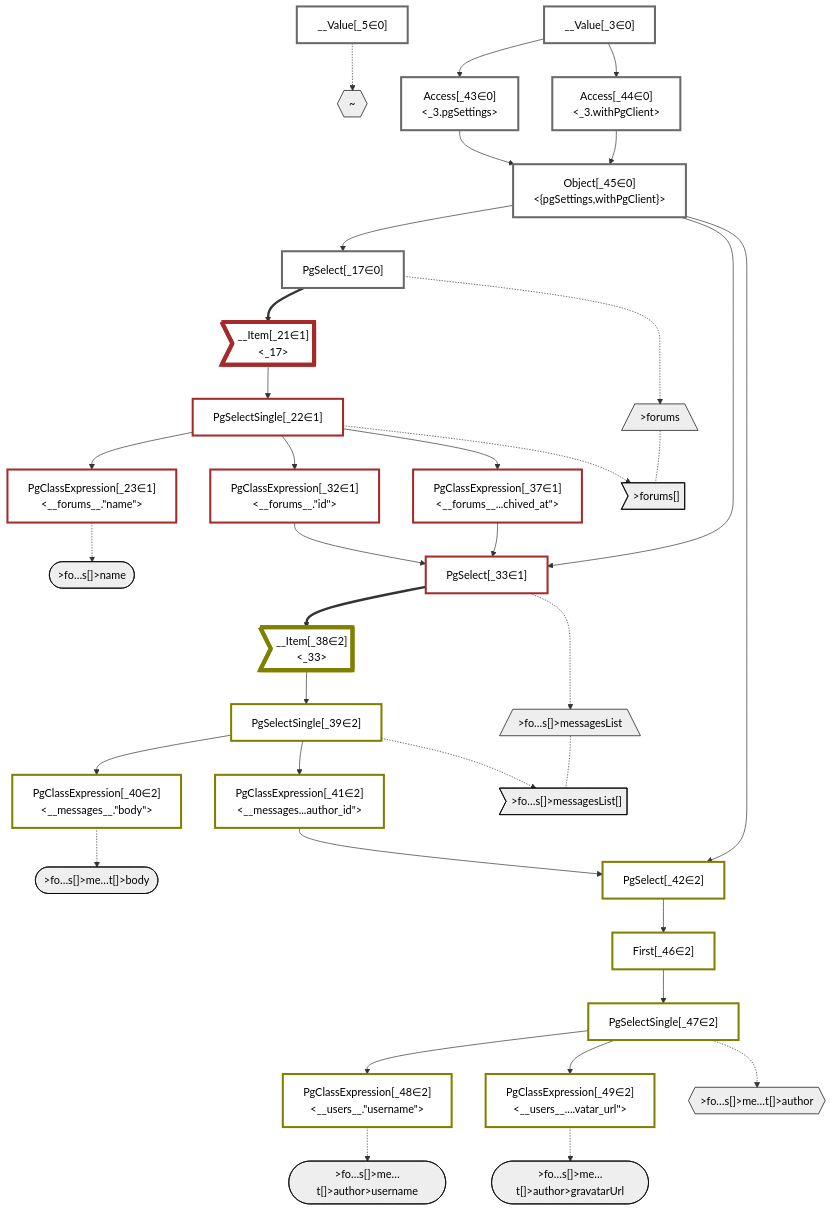
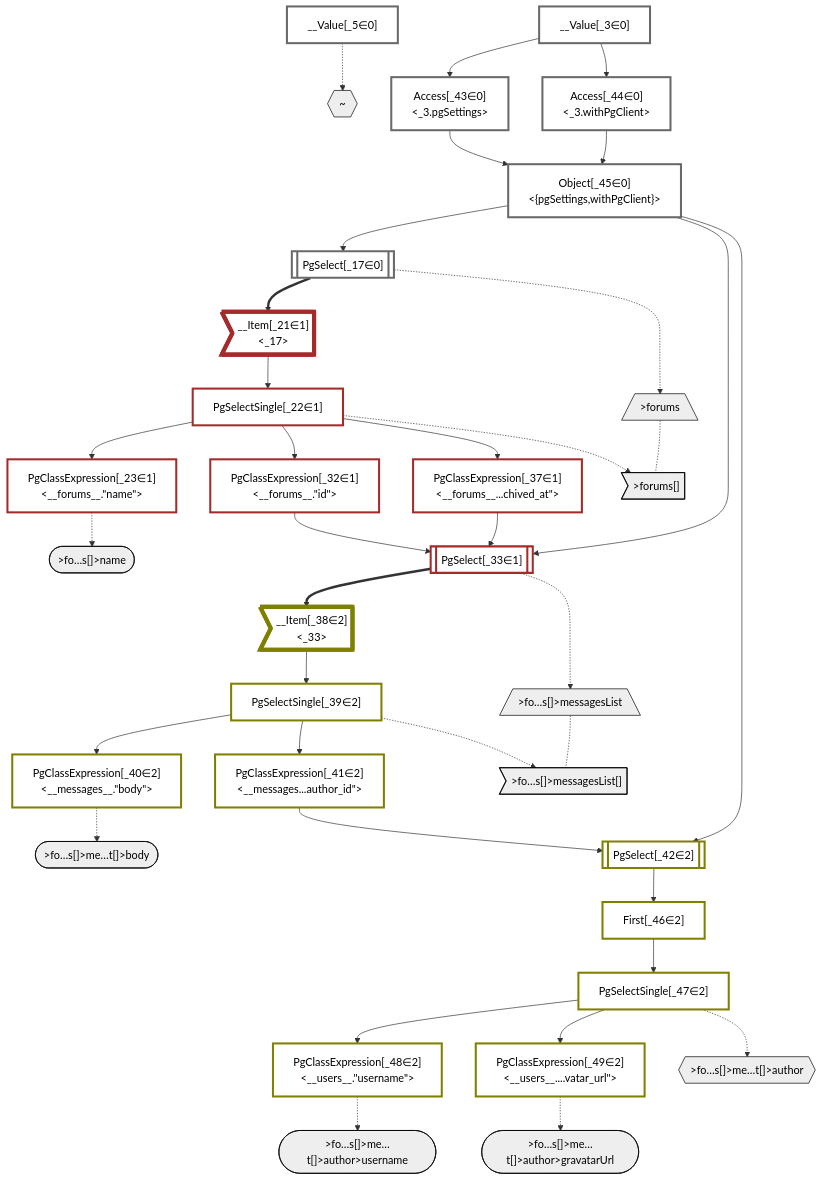
One commit to graphile/crystal changed the diagram in packages/dataplan-pg/__tests__/queries/conditions/basics-with-author.deopt.mermaid.md. Above: the diagram before and after it, drawn with Mermaid. The commit also changed 195 other files, not shown here.

```diff
--- a/packages/dataplan-pg/__tests__/queries/conditions/basics-with-author.deopt.mermaid.md
+++ b/packages/dataplan-pg/__tests__/queries/conditions/basics-with-author.deopt.mermaid.md
@@ -30,18 +30,18 @@
     %% define plans
     __Value_3["__Value[_3∈0]<br /><context>"]:::plan
     __Value_5["__Value[_5∈0]<br /><rootValue>"]:::plan
-    PgSelect_17["PgSelect[_17∈0]<br /><forums>"]:::plan
+    PgSelect_17[["PgSelect[_17∈0]<br /><forums>"]]:::plan
     __Item_21>"__Item[_21∈1]<br /><_17>"]:::itemplan
     PgSelectSingle_22["PgSelectSingle[_22∈1]<br /><forums>"]:::plan
     PgClassExpression_23["PgClassExpression[_23∈1]<br /><__forums__.#quot;name#quot;>"]:::plan
     PgClassExpression_32["PgClassExpression[_32∈1]<br /><__forums__.#quot;id#quot;>"]:::plan
-    PgSelect_33["PgSelect[_33∈1]<br /><messages>"]:::plan
+    PgSelect_33[["PgSelect[_33∈1]<br /><messages>"]]:::plan
     PgClassExpression_37["PgClassExpression[_37∈1]<br /><__forums__...chived_at#quot;>"]:::plan
     __Item_38>"__Item[_38∈2]<br /><_33>"]:::itemplan
     PgSelectSingle_39["PgSelectSingle[_39∈2]<br /><messages>"]:::plan
     PgClassExpression_40["PgClassExpression[_40∈2]<br /><__messages__.#quot;body#quot;>"]:::plan
     PgClassExpression_41["PgClassExpression[_41∈2]<br /><__messages...author_id#quot;>"]:::plan
-    PgSelect_42["PgSelect[_42∈2]<br /><users>"]:::plan
+    PgSelect_42[["PgSelect[_42∈2]<br /><users>"]]:::plan
     Access_43["Access[_43∈0]<br /><_3.pgSettings>"]:::plan
     Access_44["Access[_44∈0]<br /><_3.withPgClient>"]:::plan
     Object_45["Object[_45∈0]<br /><{pgSettings,withPgClient}>"]:::plan
```
